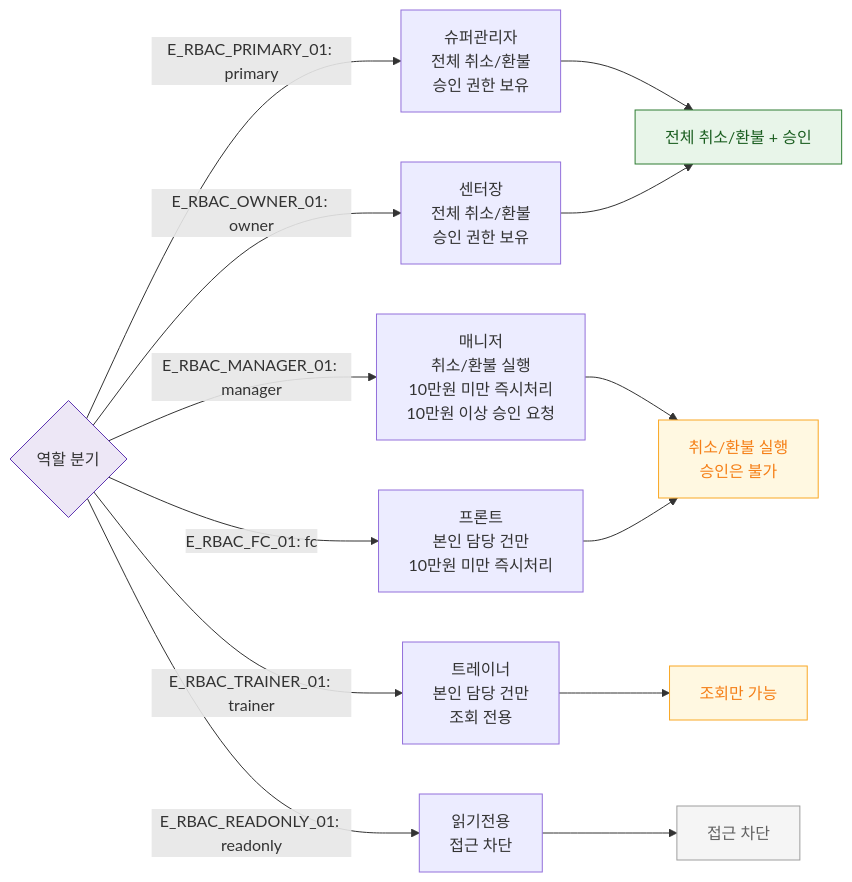
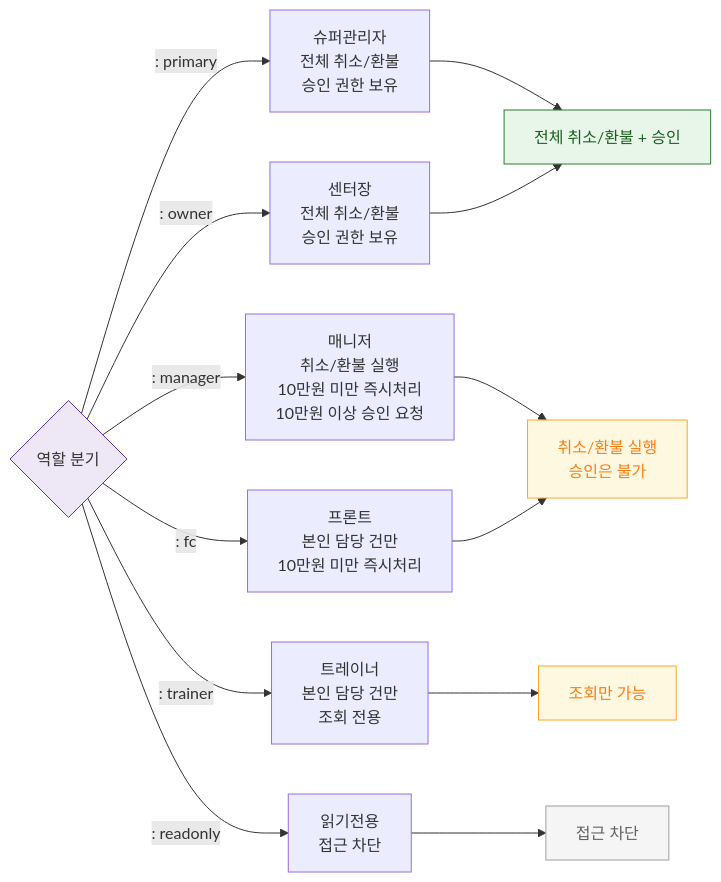
One commit to dev-spogym/admin-pando changed the diagram in docs/다이어그램/D03_매출관리/SCR-S012_결제취소_부분환불/F7_권한.md. Above: the diagram before and after it, drawn with Mermaid. The commit also changed other lines of this file and 1660 other files, not shown here.

First line of the commit message:
다이어그램: 기획자/클라이언트 납품본으로 정리

````diff
--- a/docs/다이어그램/D03_매출관리/SCR-S012_결제취소_부분환불/F7_권한.md
+++ b/docs/다이어그램/D03_매출관리/SCR-S012_결제취소_부분환불/F7_권한.md
@@ -20,28 +18,28 @@
 ```mermaid
 flowchart LR
     AUTH{역할 분기}
 
-    AUTH -->|"E_RBAC_PRIMARY_01: primary"| P[슈퍼관리자\n전체 취소/환불\n승인 권한 보유]
-    AUTH -->|"E_RBAC_OWNER_01: owner"| O[센터장\n전체 취소/환불\n승인 권한 보유]
-    AUTH -->|"E_RBAC_MANAGER_01: manager"| M[매니저\n취소/환불 실행\n10만원 미만 즉시처리\n10만원 이상 승인 요청]
-    AUTH -->|"E_RBAC_FC_01: fc"| FC[프론트\n본인 담당 건만\n10만원 미만 즉시처리]
-    AUTH -->|"E_RBAC_TRAINER_01: trainer"| TR[트레이너\n본인 담당 건만\n조회 전용]
-    AUTH -->|"E_RBAC_READONLY_01: readonly"| RO[읽기전용\n접근 차단]
+    AUTH -->|": primary"|P[슈퍼관리자\n전체 취소/환불\n승인 권한 보유]
+    AUTH -->|": owner"|O[센터장\n전체 취소/환불\n승인 권한 보유]
+    AUTH -->|": manager"|M[매니저\n취소/환불 실행\n10만원 미만 즉시처리\n10만원 이상 승인 요청]
+    AUTH -->|": fc"|FC[프론트\n본인 담당 건만\n10만원 미만 즉시처리]
+    AUTH -->|": trainer"|TR[트레이너\n본인 담당 건만\n조회 전용]
+    AUTH -->|": readonly"|RO[읽기전용\n접근 차단]
 
     P --> FULL_AUTH[전체 취소/환불 + 승인]
     O --> FULL_AUTH
     M --> LIMITED_AUTH[취소/환불 실행\n승인은 불가]
     FC --> LIMITED_AUTH
     TR --> VIEW_ONLY[조회만 가능]
     RO --> BLOCKED[접근 차단]
 
     classDef system fill:#EDE7F6,stroke:#5E35B2
     classDef success fill:#E8F5E9,stroke:#2E7D32,color:#1B5E20
     classDef warning fill:#FFF8E1,stroke:#F9A825,color:#F57F17
     classDef rbacBlocked fill:#F5F5F5,stroke:#9E9E9E,color:#616161
 
     class AUTH system
     class FULL_AUTH success
     class LIMITED_AUTH,VIEW_ONLY warning
     class BLOCKED rbacBlocked
 ```
````
